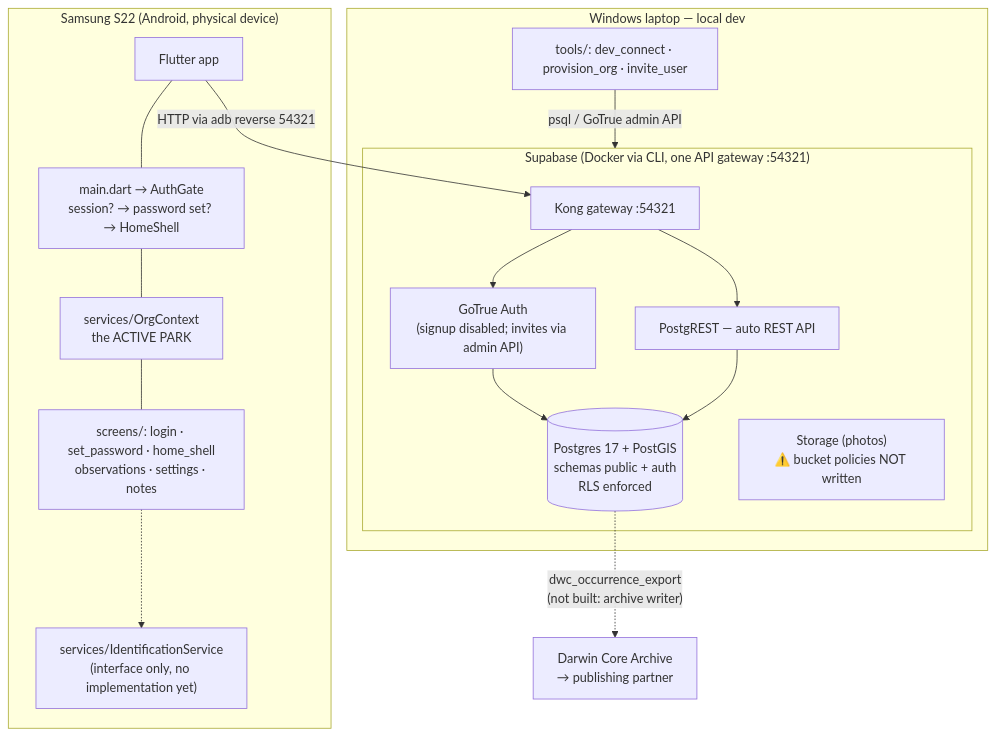
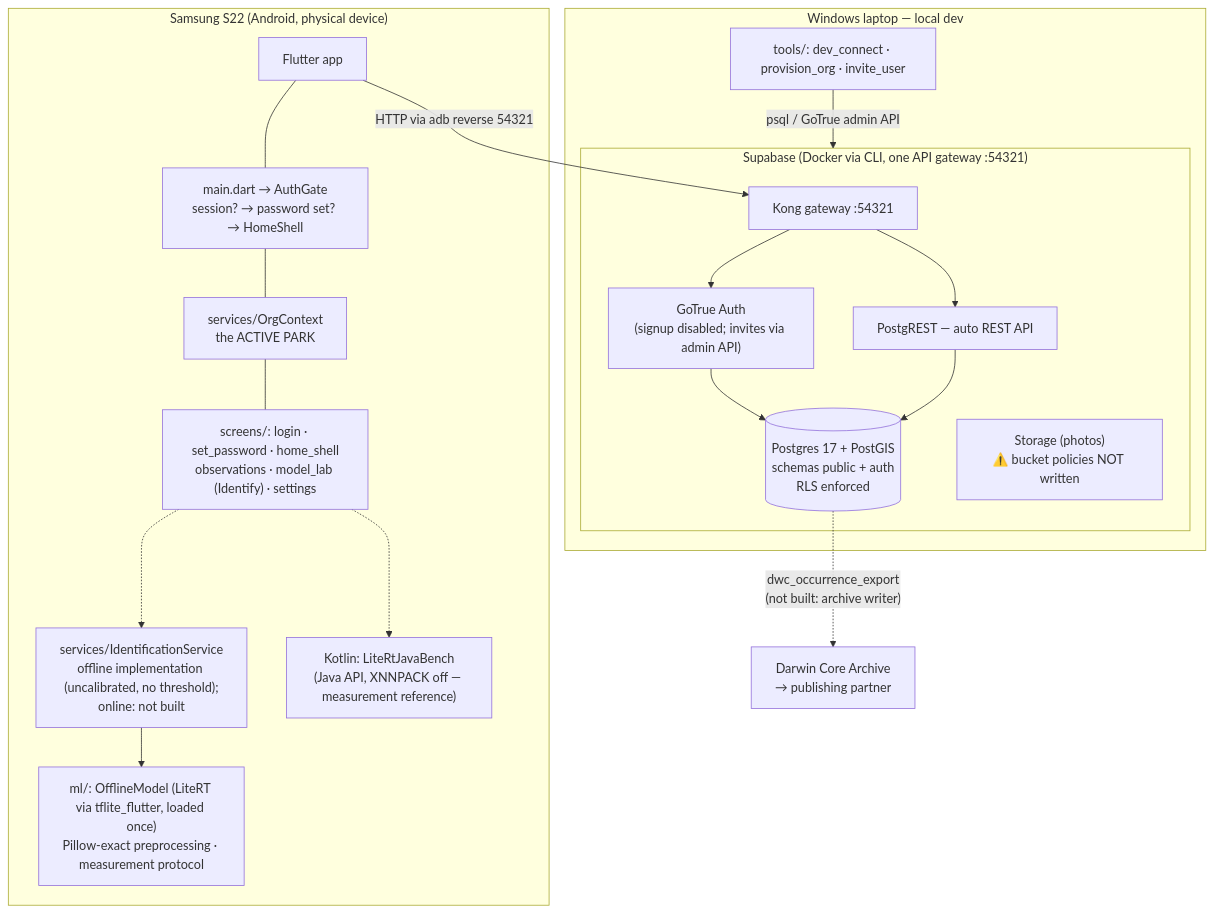
One commit to wygol/conservation_app_master_thesis changed the diagram in docs/architecture.md. Above: the diagram before and after it, drawn with Mermaid. The commit also changed other lines of this file and 62 other files, not shown here.

Commit message:
On-device measurement round; LiteRT 1.4.2 fixes offset-stored weights (ADR 010)

````diff
--- a/docs/architecture.md
+++ b/docs/architecture.md
@@ -14,32 +16,36 @@
 ```mermaid
 flowchart TB
     subgraph PHONE["Samsung S22 (Android, physical device)"]
         APP["Flutter app"]
         AG["main.dart → AuthGate<br/>session? → password set? → HomeShell"]
         OC["services/OrgContext<br/>the ACTIVE PARK"]
-        IS["services/IdentificationService<br/>(interface only, no implementation yet)"]
-        SC["screens/: login · set_password · home_shell<br/>observations · settings · notes"]
+        IS["services/IdentificationService<br/>offline implementation (uncalibrated, no threshold);<br/>online: not built"]
+        SC["screens/: login · set_password · home_shell<br/>observations · model_lab (Identify) · settings"]
+        ML["ml/: OfflineModel (LiteRT via tflite_flutter, loaded once)<br/>Pillow-exact preprocessing · measurement protocol"]
+        KT["Kotlin: LiteRtJavaBench<br/>(Java API, XNNPACK off — measurement reference)"]
         APP --- AG --- OC --- SC
         SC -.-> IS
+        IS --> ML
+        SC -.-> KT
     end
 
     subgraph LAPTOP["Windows laptop — local dev"]
         subgraph SUPA["Supabase (Docker via CLI, one API gateway :54321)"]
             KONG["Kong gateway :54321"]
             GOTRUE["GoTrue Auth<br/>(signup disabled; invites via admin API)"]
             REST["PostgREST — auto REST API"]
             PG[("Postgres 17 + PostGIS<br/>schemas public + auth<br/>RLS enforced")]
             ST["Storage (photos)<br/>⚠️ bucket policies NOT written"]
         end
         TOOLS["tools/: dev_connect · provision_org · invite_user"]
     end
 
     APP -- "HTTP via adb reverse 54321" --> KONG
     KONG --> GOTRUE
     KONG --> REST
     GOTRUE --> PG
     REST --> PG
     TOOLS -- "psql / GoTrue admin API" --> SUPA
 
     PG -.->|"dwc_occurrence_export<br/>(not built: archive writer)"| GBIF["Darwin Core Archive<br/>→ publishing partner"]
 ```
````
